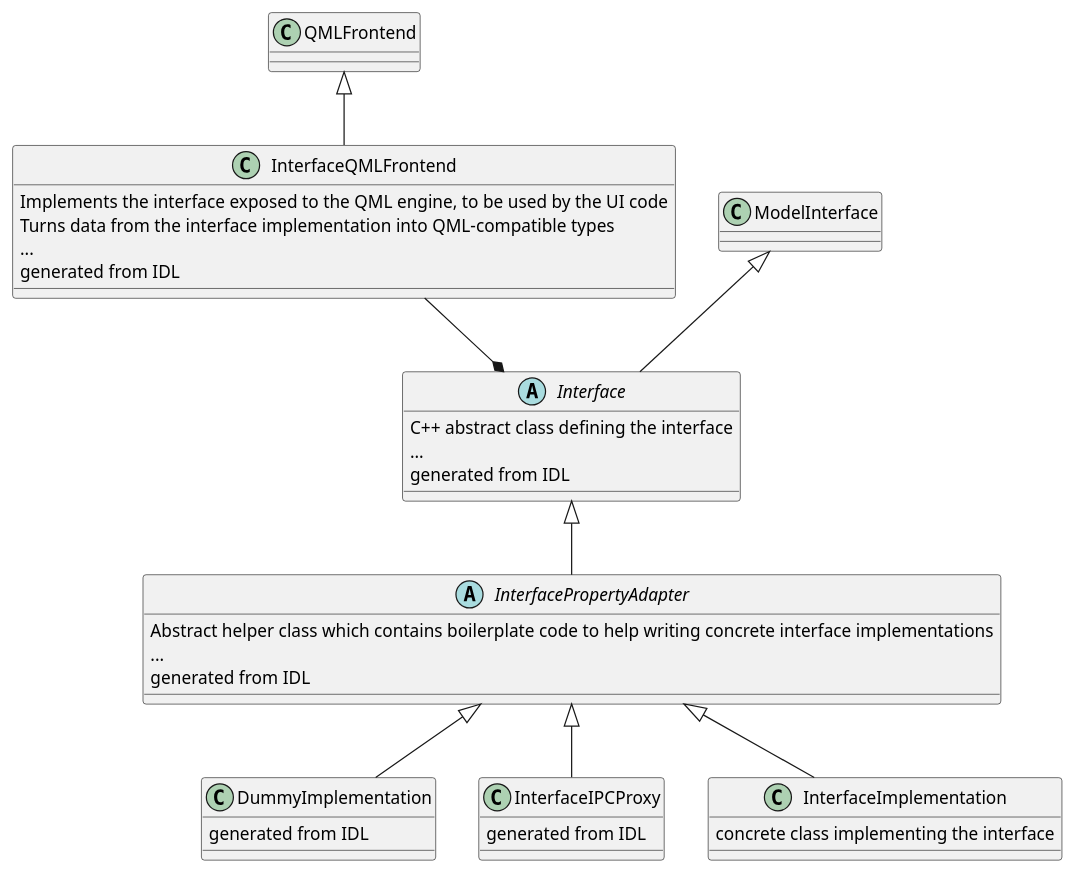
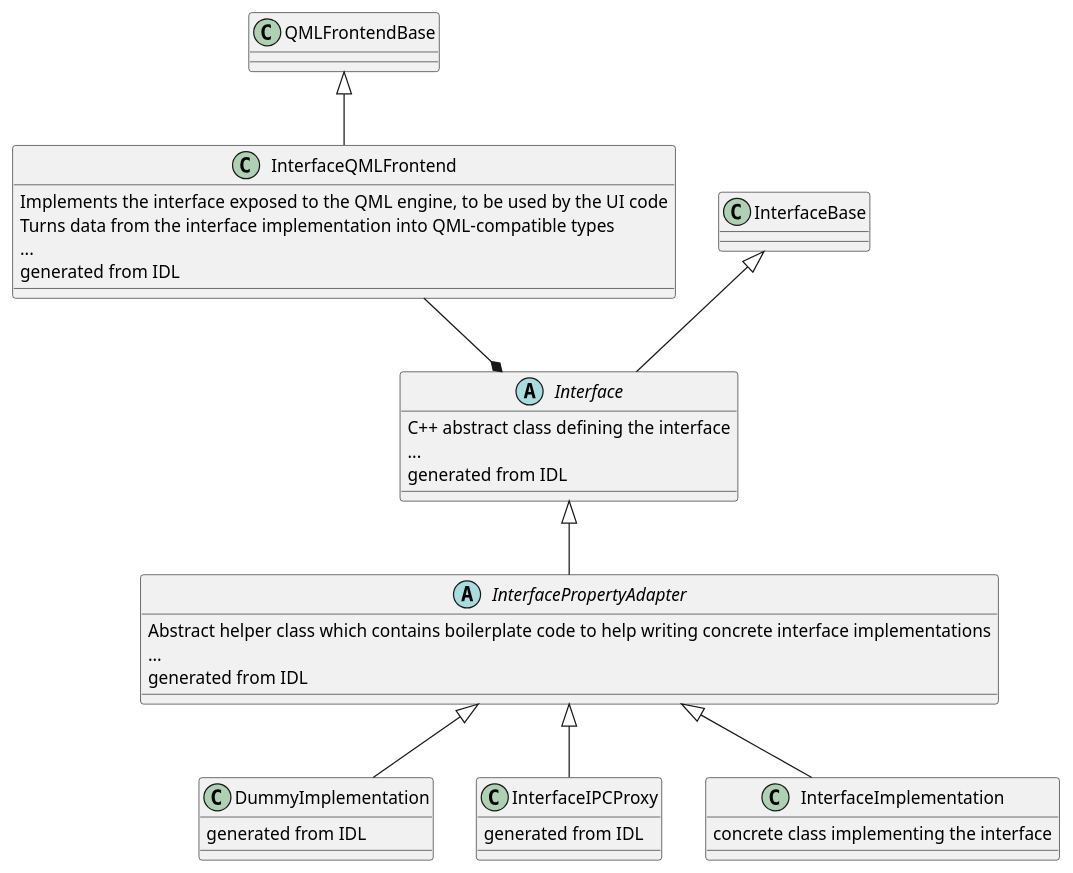
One commit to Pelagicore/facelift changed the diagram in doc/classes.plantuml. Above: the diagram before and after it, drawn with PlantUML. The commit also changed 8 other files, not shown here.

```diff
--- a/doc/classes.plantuml
+++ b/doc/classes.plantuml
@@ -1,49 +1,49 @@
 @startuml
 
 abstract class Interface {
 C++ abstract class defining the interface
 ...
     generated from IDL
 }
 
 abstract class InterfacePropertyAdapter {
     Abstract helper class which contains boilerplate code to help writing concrete interface implementations
 ...
     generated from IDL
 
 }
 
 class DummyImplementation {
     generated from IDL
 }
 
 class InterfaceIPCProxy {
     generated from IDL
 }
 
 class InterfaceQMLFrontend {
     Implements the interface exposed to the QML engine, to be used by the UI code
     Turns data from the interface implementation into QML-compatible types
 ...
     generated from IDL
 
 }
 
 class InterfaceImplementation {
     concrete class implementing the interface
     
 }
 
 Interface <|-- InterfacePropertyAdapter
 InterfacePropertyAdapter <|-- InterfaceImplementation
 InterfacePropertyAdapter <|-- DummyImplementation
 InterfacePropertyAdapter <|-- InterfaceIPCProxy
 
 InterfaceQMLFrontend --* Interface
 
 
-ModelInterface <|-- Interface
+InterfaceBase <|-- Interface
 
-QMLFrontend <|-- InterfaceQMLFrontend
+QMLFrontendBase <|-- InterfaceQMLFrontend
 
 @enduml
```
